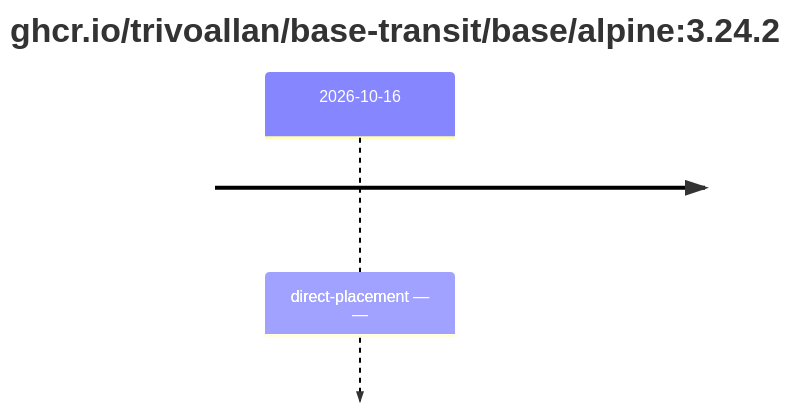
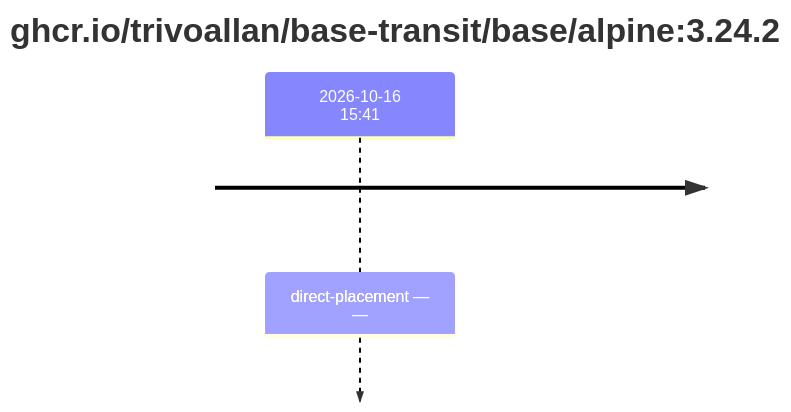
Before and after one commit to trivoallan/base-images: the second of 2 diagrams in results/reports/base-alpine-3/sha256:294b683cb724975bec92580e1e685676bd4b50bda910ddb8c51d4cabeaec77e6.md, drawn with Mermaid. The commit also changed other lines of this file and 5 other files, not shown here.

````diff
--- a/results/reports/base-alpine-3/sha256:294b683cb724975bec92580e1e685676bd4b50bda910ddb8c51d4cabeaec77e6.md
+++ b/results/reports/base-alpine-3/sha256:294b683cb724975bec92580e1e685676bd4b50bda910ddb8c51d4cabeaec77e6.md
@@ -19,5 +19,5 @@
 ```mermaid
 timeline
     title ghcr.io/trivoallan/base-transit/base/alpine#58;3.24.2
-    2026-10-16 : direct-placement — —
+    2026-10-16 15#58;41 : direct-placement — —
 ```
````
